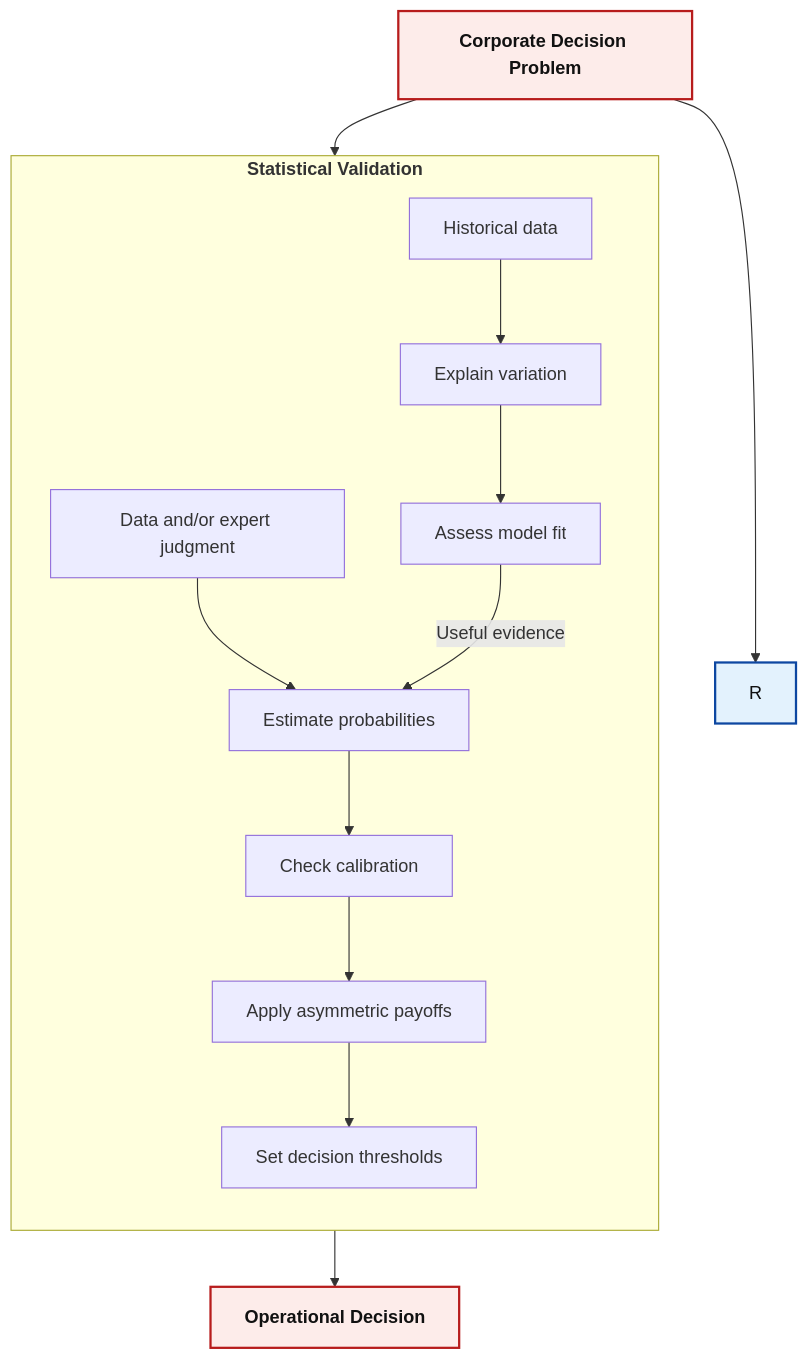
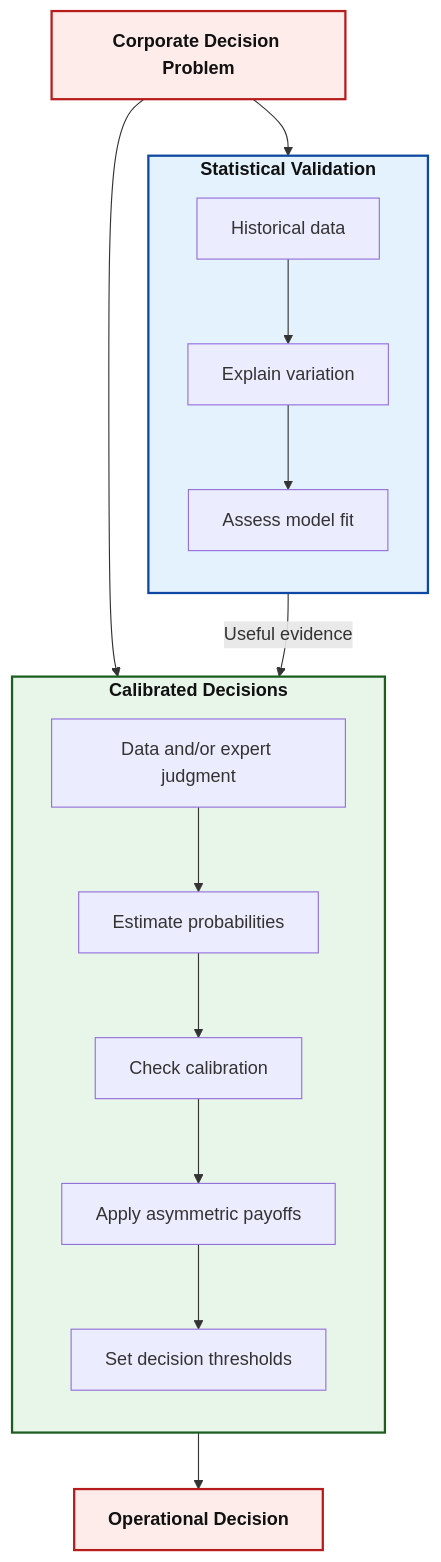
One commit to Tellusant/docs changed the diagram in work-notes/calibrated-decisions-revised.md. Above: the diagram before and after it, drawn with Mermaid.

Commit message:
Fix subgraph label in flowchart for clarity

```diff
--- a/work-notes/calibrated-decisions-revised.md
+++ b/work-notes/calibrated-decisions-revised.md
@@ -32,38 +32,38 @@
 <div class="mermaid">
 %%{init: {'themeVariables': { 'fontFamily': 'Arial'}}}%%
 flowchart TD
 
     A["`**Corporate Decision Problem**`"]:::red
 
-    subgraph C["`**Statistical Validation**`"]
+    subgraph R["`**Statistical Validation**`"]
         direction TB
         R1["Historical data"]
         R2["Explain variation"]
         R3["Assess model fit"]
     end
 
     subgraph C["`**Calibrated Decisions**`"]
         direction TB
         C1["Data and/or expert judgment"]
         C2["Estimate probabilities"]
         C3["Check calibration"]
         C4["Apply asymmetric payoffs"]
         C5["Set decision thresholds"]
     end
 
     A --> R
     A --> C
 
     R1 --> R2 --> R3
     C1 --> C2 --> C3 --> C4 --> C5
 
     R3 -->|"Useful evidence"| C2
     C5 --> D["`**Operational Decision**`"]:::red
 
     %% ========= SUBGRAPH STYLES =========
     style R fill:#E3F2FD,stroke:#0D47A1,stroke-width:2px,color:#111
     style C fill:#E8F5E9,stroke:#1B5E20,stroke-width:2px,color:#111
 
     %% ========= NODE STYLES =========
     classDef red fill:#FDECEA,stroke:#B71C1C,stroke-width:2px,color:#111;
 </div>
```
